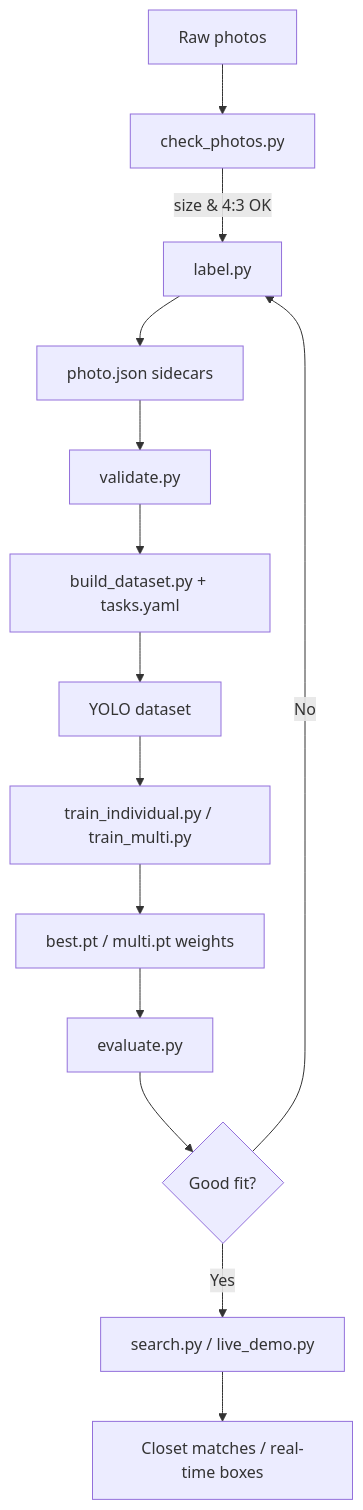
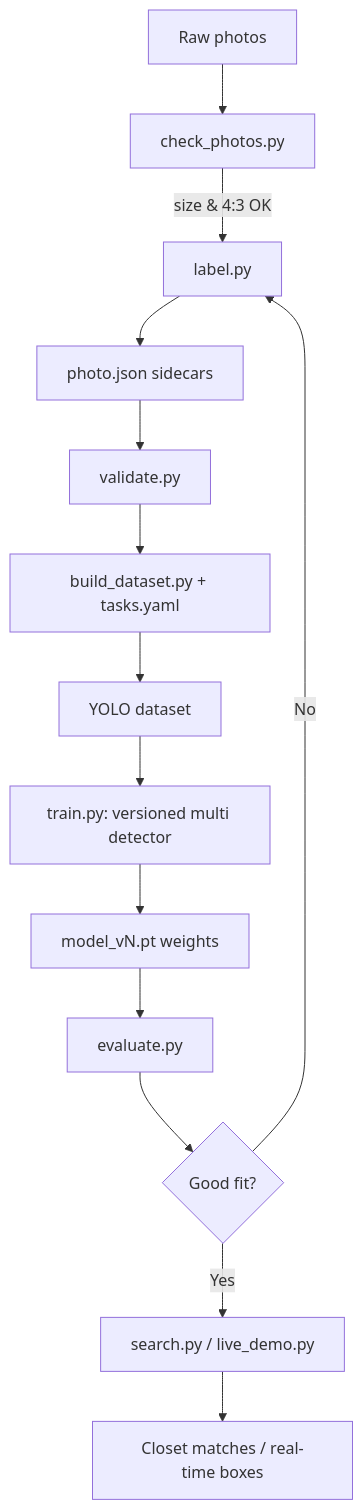
Before and after one commit to Kitthinut/Clothes_matcher: the first of 2 diagrams in README.md, drawn with Mermaid. The commit also changed other lines of this file and 10 other files, not shown here.

Commit message:
make it only 1 train multi-object detection model building

````diff
--- a/README.md
+++ b/README.md
@@ -65,16 +71,16 @@
 ```mermaid
 flowchart TD
     A[Raw photos] --> B[check_photos.py]
     B -->|size & 4:3 OK| C[label.py]
     C --> D[photo.json sidecars]
     D --> E[validate.py]
     E --> F[build_dataset.py + tasks.yaml]
     F --> G[YOLO dataset]
-    G --> H[train_individual.py / train_multi.py]
-    H --> I[best.pt / multi.pt weights]
+    G --> H[train.py: versioned multi detector]
+    H --> I[model_vN.pt weights]
     I --> J[evaluate.py]
     J --> K{Good fit?}
     K -->|No| C
     K -->|Yes| L[search.py / live_demo.py]
     L --> M[Closet matches / real-time boxes]
 ```
````
